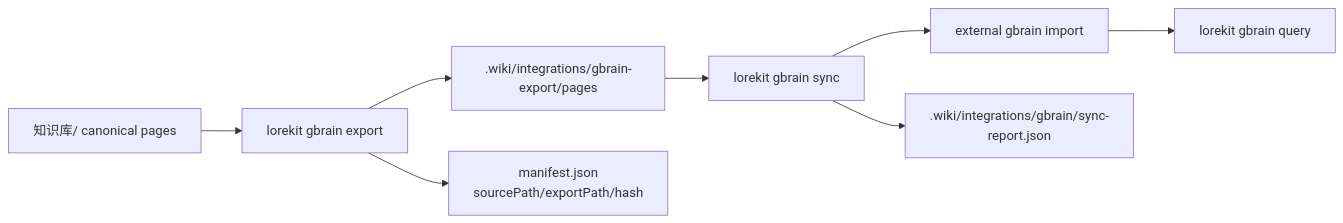
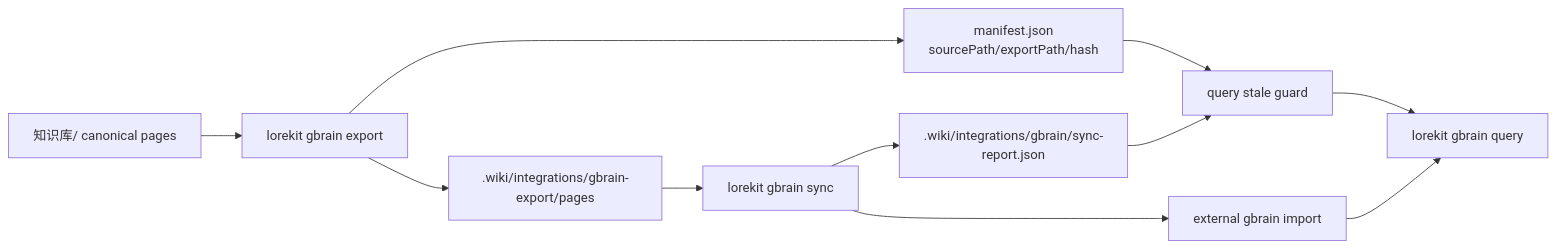
Before and after one commit to GYF0311/lorekit: the fifth of 5 diagrams in docs/ARCHITECTURE.md, drawn with Mermaid. The commit also changed other lines of this file and 18 other files, not shown here.

First line of the commit message:
fix: guard gbrain bridge health

````diff
--- a/docs/ARCHITECTURE.md
+++ b/docs/ARCHITECTURE.md
@@ -141,10 +141,13 @@
 ```mermaid
 flowchart LR
   Wiki["知识库/ canonical pages"] --> Export["lorekit gbrain export"]
   Export --> Stage[".wiki/integrations/gbrain-export/pages"]
   Export --> Manifest["manifest.json<br/>sourcePath/exportPath/hash"]
   Stage --> Sync["lorekit gbrain sync"]
   Sync --> GBrain["external gbrain import"]
   Sync --> Report[".wiki/integrations/gbrain/sync-report.json"]
-  GBrain --> Query["lorekit gbrain query"]
+  Manifest --> QueryGuard["query stale guard"]
+  Report --> QueryGuard
+  QueryGuard --> Query["lorekit gbrain query"]
+  GBrain --> Query
 ```
````
